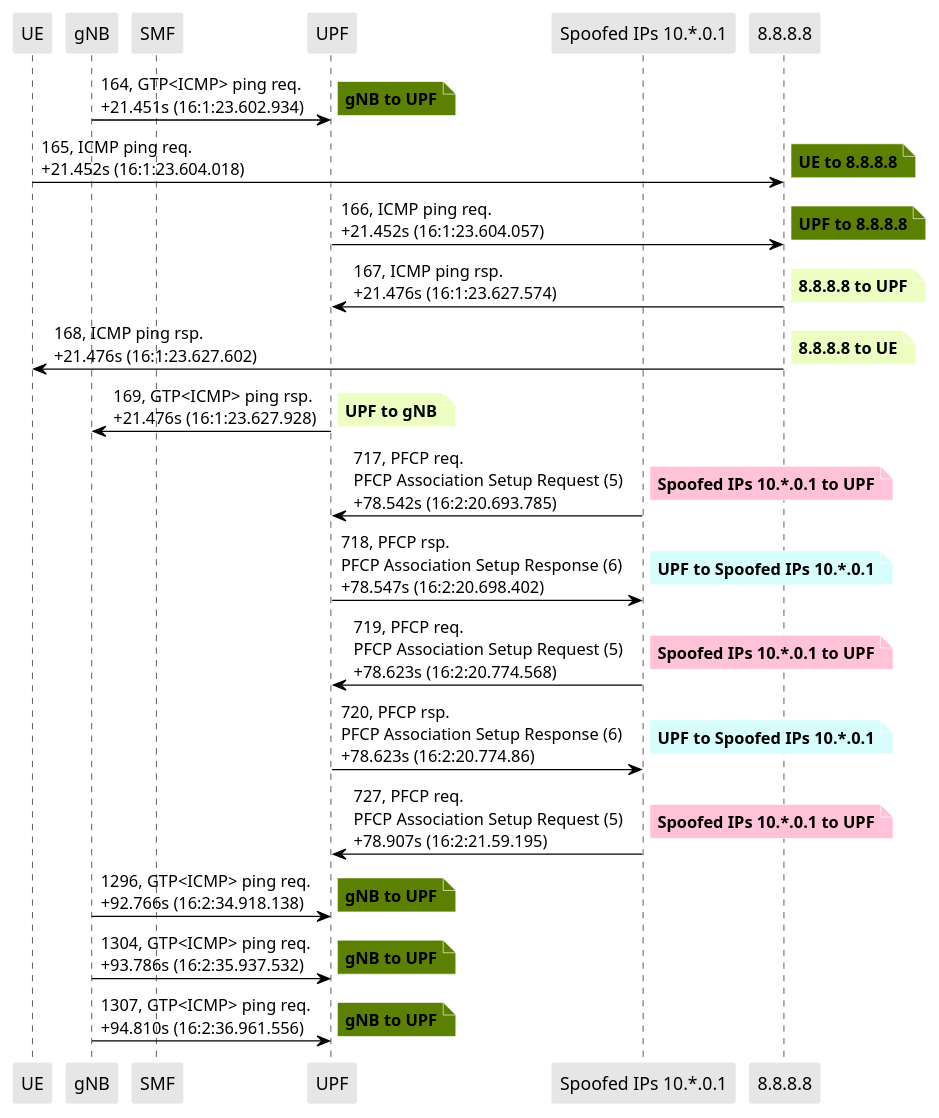
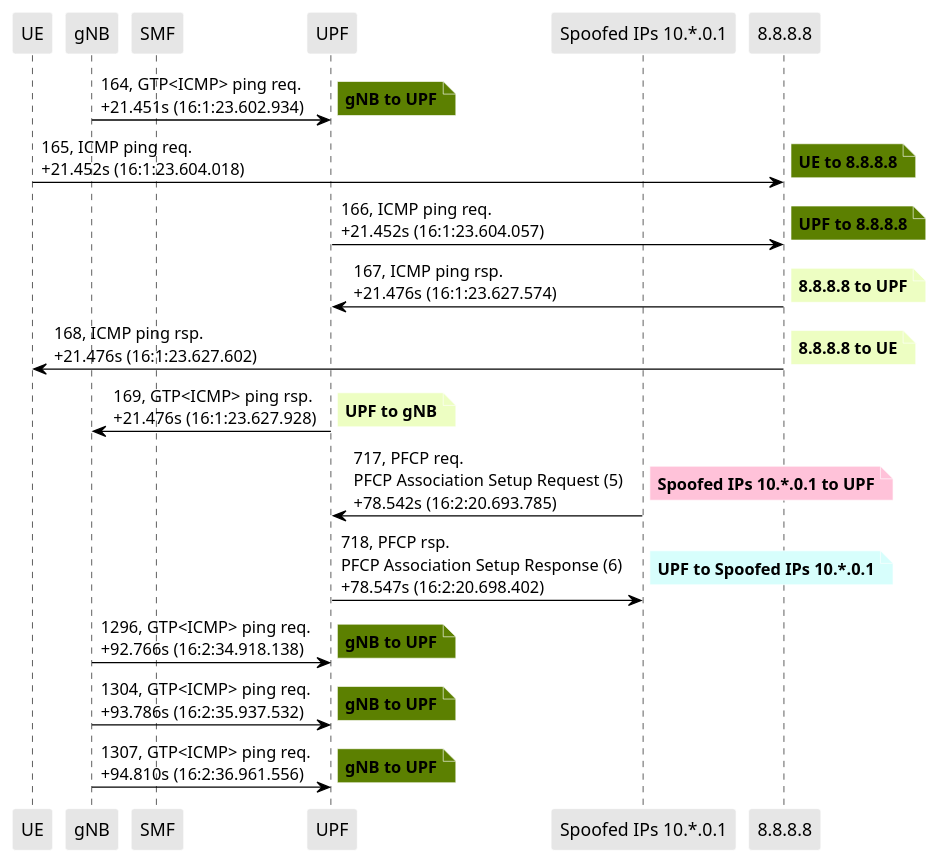
The diagram in PCAPS/Core/flood_attack_edited.puml (lilyhuegerich/5G), drawn with PlantUML before and after one commit. The commit also changed 18 other files, not shown here.

```diff
--- a/PCAPS/Core/flood_attack_edited.puml
+++ b/PCAPS/Core/flood_attack_edited.puml
@@ -1,101 +1,83 @@
 @startuml
 skinparam shadowing false
 skinparam NoteBorderColor white
 skinparam sequence {
     ArrowColor black
     LifeLineBorderColor black
     LifeLineBackgroundColor black
     ParticipantBorderColor white
     ParticipantBackgroundColor #e6e6e6
 }
 participant "UE"
 participant "gNB"
 participant "SMF"
 participant "UPF"
 participant "Spoofed IPs 10.*.0.1"
 
 
 "gNB" -> "UPF": 164, GTP<ICMP> ping req.\n+21.451s (16:1:23.602.934)
 
 note right #5C8001
 **gNB to UPF**
 end note
 
 "UE" -> "8.8.8.8": 165, ICMP ping req.\n+21.452s (16:1:23.604.018)
 
 note right #5C8001
 **UE to 8.8.8.8**
 end note
 
 "UPF" -> "8.8.8.8": 166, ICMP ping req.\n+21.452s (16:1:23.604.057)
 
 note right #5C8001
 **UPF to 8.8.8.8**
 end note
 
 "8.8.8.8" -> "UPF": 167, ICMP ping rsp.\n+21.476s (16:1:23.627.574)
 
 note right #EDFEC2
 **8.8.8.8 to UPF**
 end note
 
 "8.8.8.8" -> "UE": 168, ICMP ping rsp.\n+21.476s (16:1:23.627.602)
 
 note right #EDFEC2
 **8.8.8.8 to UE**
 end note
 
 "UPF" -> "gNB": 169, GTP<ICMP> ping rsp.\n+21.476s (16:1:23.627.928)
 
 note right #EDFEC2
 **UPF to gNB**
 end note
 "Spoofed IPs 10.*.0.1" -> "UPF": 717, PFCP req.\nPFCP Association Setup Request (5)\n+78.542s (16:2:20.693.785)
 
 note right #FFC2D9
 **Spoofed IPs 10.*.0.1 to UPF**
 end note
 
 "UPF" -> "Spoofed IPs 10.*.0.1": 718, PFCP rsp.\nPFCP Association Setup Response (6)\n+78.547s (16:2:20.698.402)
 
 note right #D7FEFC
 **UPF to Spoofed IPs 10.*.0.1**
 end note
 
-"Spoofed IPs 10.*.0.1" -> "UPF": 719, PFCP req.\nPFCP Association Setup Request (5)\n+78.623s (16:2:20.774.568)
-
-note right #FFC2D9
-**Spoofed IPs 10.*.0.1 to UPF**
-end note
-
-"UPF" -> "Spoofed IPs 10.*.0.1": 720, PFCP rsp.\nPFCP Association Setup Response (6)\n+78.623s (16:2:20.774.86)
-
-note right #D7FEFC
-**UPF to Spoofed IPs 10.*.0.1**
-end note
-
-"Spoofed IPs 10.*.0.1" -> "UPF": 727, PFCP req.\nPFCP Association Setup Request (5)\n+78.907s (16:2:21.59.195)
-
-note right #FFC2D9
-**Spoofed IPs 10.*.0.1 to UPF**
-end note
-
 "gNB" -> "UPF": 1296, GTP<ICMP> ping req.\n+92.766s (16:2:34.918.138)
 
 note right #5C8001
 **gNB to UPF**
 end note
 
 "gNB" -> "UPF": 1304, GTP<ICMP> ping req.\n+93.786s (16:2:35.937.532)
 
 note right #5C8001
 **gNB to UPF**
 end note
 
 "gNB" -> "UPF": 1307, GTP<ICMP> ping req.\n+94.810s (16:2:36.961.556)
 
 note right #5C8001
 **gNB to UPF**
 end note
 
 @enduml
```
